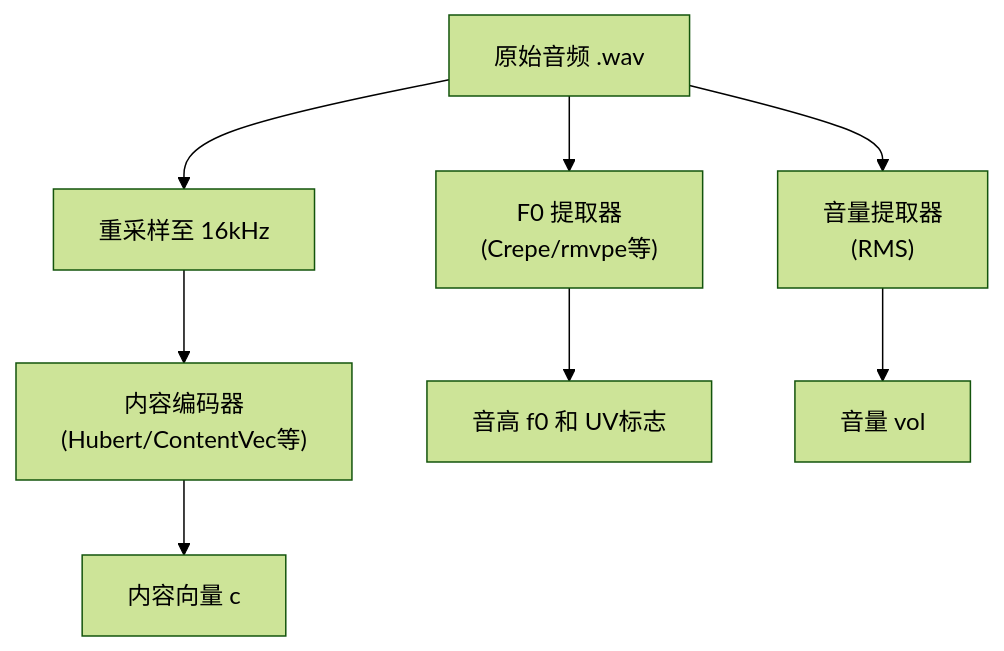
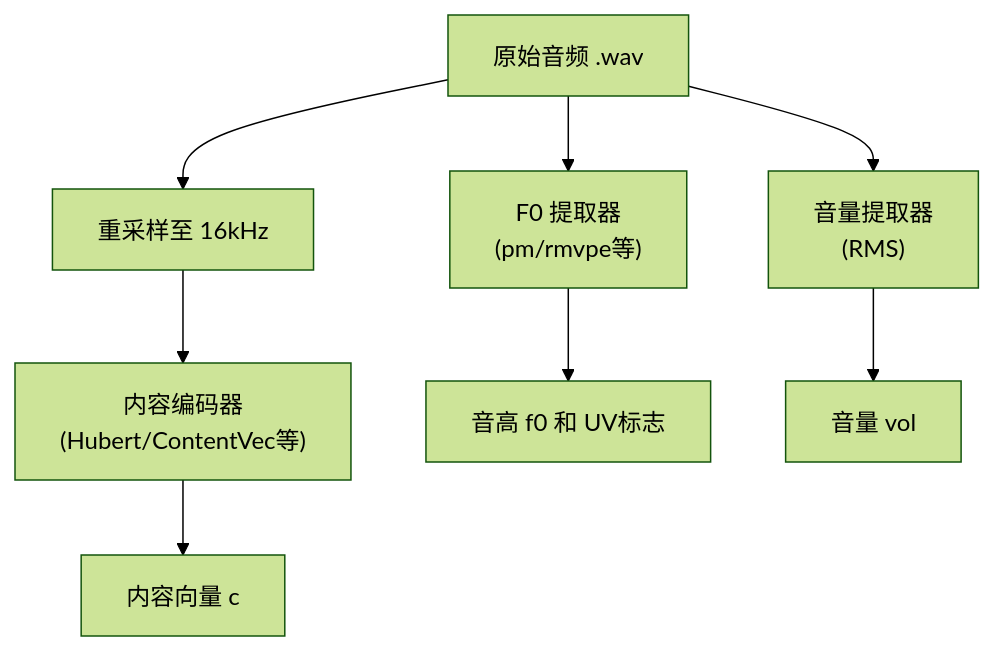
The second of 5 diagrams in So-VITS-SVC 4.1 流程图与模型详解.md (liqilun1008/sovitsvrc), drawn with Mermaid (forest theme) before and after one commit.

Commit message:
Update So-VITS-SVC 4.1 流程图与模型详解.md

````diff
--- a/So-VITS-SVC 4.1 流程图与模型详解.md
+++ b/So-VITS-SVC 4.1 流程图与模型详解.md
@@ -42,11 +42,11 @@
 ```mermaid
 graph TD
     A[原始音频 .wav] --> B[重采样至 16kHz];
-    A --> D["F0 提取器 <br> (Crepe/rmvpe等)"];
+    A --> D["F0 提取器 <br> (pm/rmvpe等)"];
     A --> F["音量提取器 <br> (RMS)"];
 
     B --> C["内容编码器 <br> (Hubert/ContentVec等)"];
     C --> E[内容向量 c];
     D --> G["音高 f0 和 UV标志"];
     F --> H[音量 vol];
 ```
````
